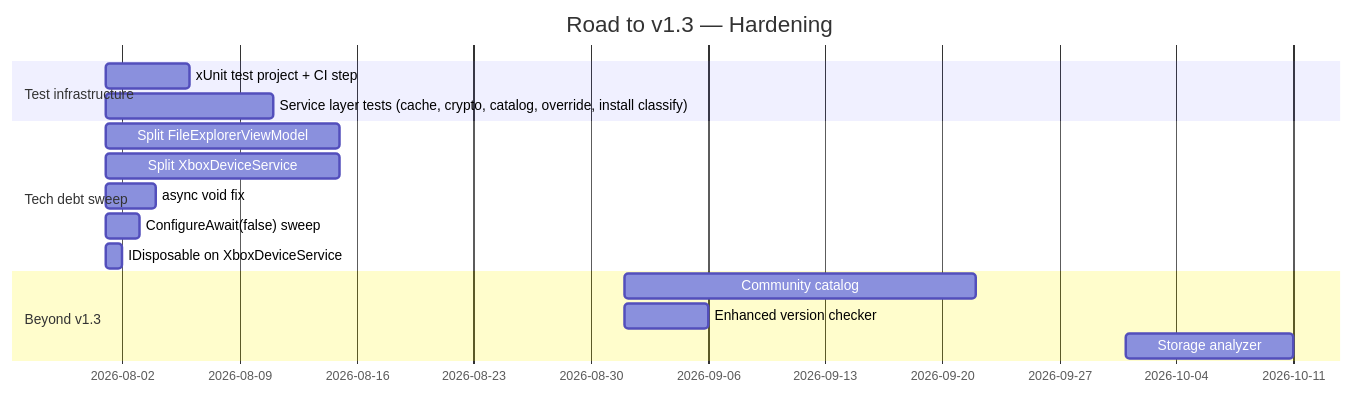
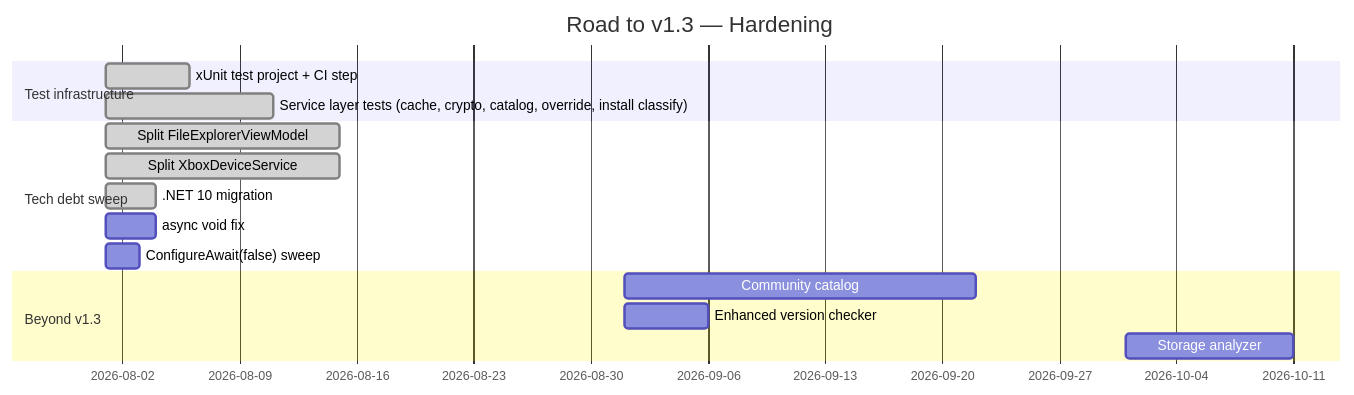
Before and after one commit to marcelofrau/xb-homebrew-vault: the third of 3 diagrams in docs/roadmap.md, drawn with Mermaid. The commit also changed other lines of this file and 26 other files, not shown here.

First line of the commit message:
docs: reflect .NET 10 migration, service split, and current features

````diff
--- a/docs/roadmap.md
+++ b/docs/roadmap.md
@@ -191,18 +205,18 @@
 ```mermaid
 gantt
     title Road to v1.3 — Hardening
     dateFormat  YYYY-MM-DD
     section Test infrastructure
-    xUnit test project + CI step     : 2026-08, 5d
-    Service layer tests (cache, crypto, catalog, override, install classify) : 2026-08, 10d
+    xUnit test project + CI step     :done, 2026-08, 5d
+    Service layer tests (cache, crypto, catalog, override, install classify) :done, 2026-08, 10d
     section Tech debt sweep
-    Split FileExplorerViewModel     : 2026-08, 14d
-    Split XboxDeviceService         : 2026-08, 14d
+    Split FileExplorerViewModel     :done, 2026-08, 14d
+    Split XboxDeviceService         :done, 2026-08, 14d
+    .NET 10 migration               :done, 2026-08, 3d
     async void fix                  : 2026-08, 3d
     ConfigureAwait(false) sweep     : 2026-08, 2d
-    IDisposable on XboxDeviceService : 2026-08, 1d
     section Beyond v1.3
     Community catalog               : 2026-09, 21d
     Enhanced version checker        : 2026-09, 5d
     Storage analyzer                : 2026-10, 10d
 ```
````
